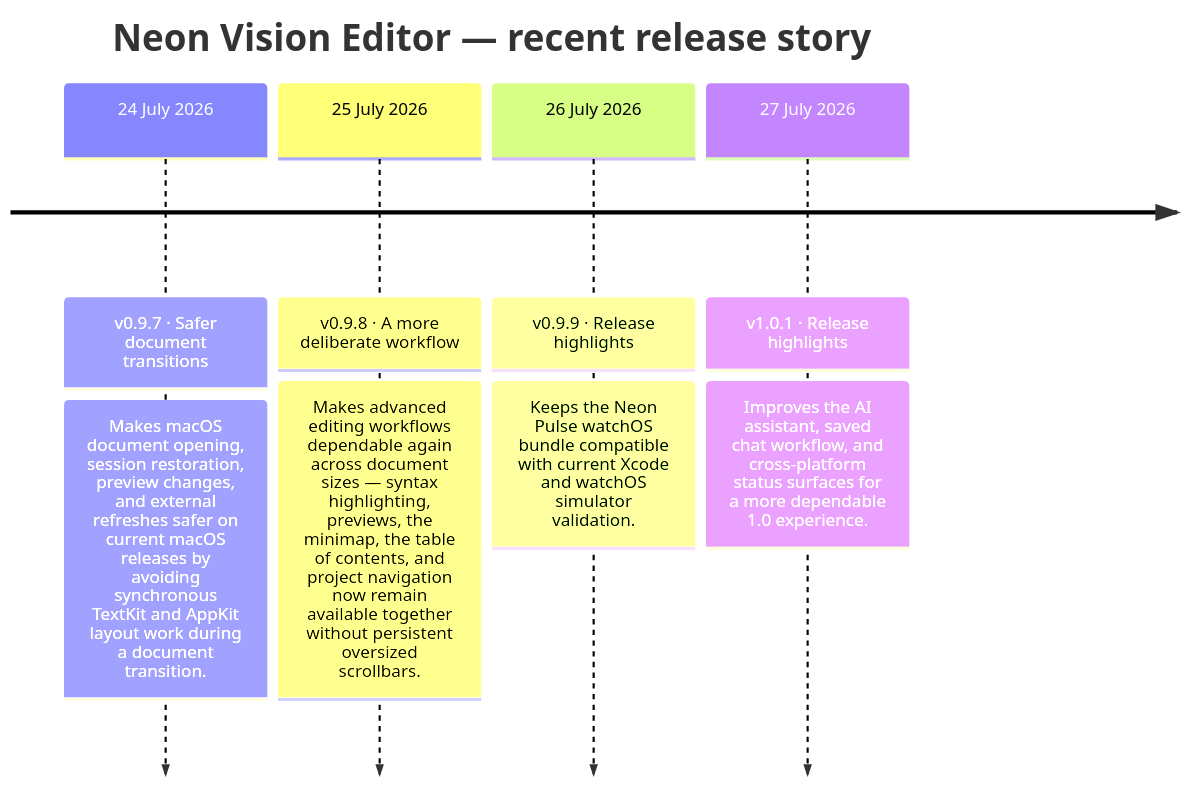
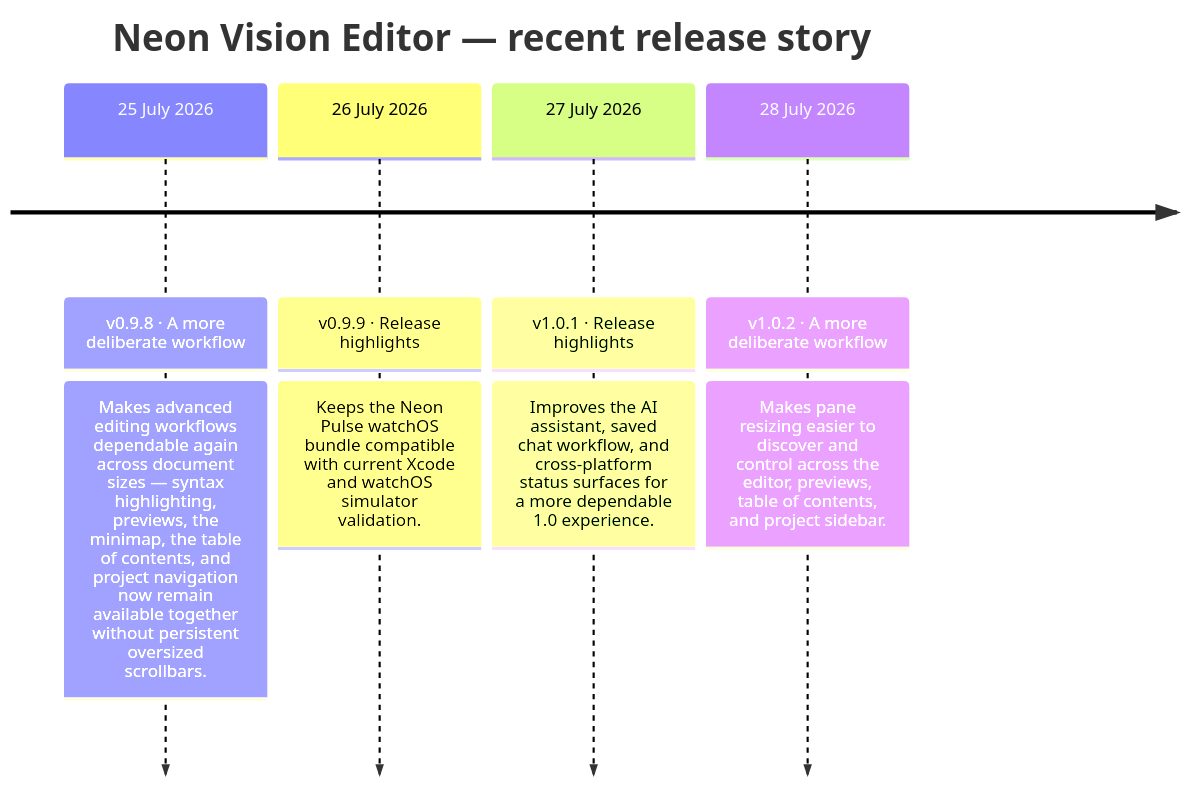
Before and after one commit to h3pdesign/Neon-Vision-Editor: the second of 2 diagrams in README.md, drawn with Mermaid. The commit also changed other lines of this file and 4 other files, not shown here.

````diff
--- a/README.md
+++ b/README.md
@@ -755,12 +765,12 @@
 ```mermaid
 timeline
     title Neon Vision Editor — recent release story
-    24 July 2026 : v0.9.7 · Safer document transitions
-                : Makes macOS document opening, session restoration, preview changes, and external refreshes safer on current macOS releases by avoiding synchronous TextKit and AppKit layout work during a document transition.
     25 July 2026 : v0.9.8 · A more deliberate workflow
                 : Makes advanced editing workflows dependable again across document sizes — syntax highlighting, previews, the minimap, the table of contents, and project navigation now remain available together without persistent oversized scrollbars.
     26 July 2026 : v0.9.9 · Release highlights
                 : Keeps the Neon Pulse watchOS bundle compatible with current Xcode and watchOS simulator validation.
     27 July 2026 : v1.0.1 · Release highlights
                 : Improves the AI assistant, saved chat workflow, and cross-platform status surfaces for a more dependable 1.0 experience.
+    28 July 2026 : v1.0.2 · A more deliberate workflow
+                : Makes pane resizing easier to discover and control across the editor, previews, table of contents, and project sidebar.
 ```
````
